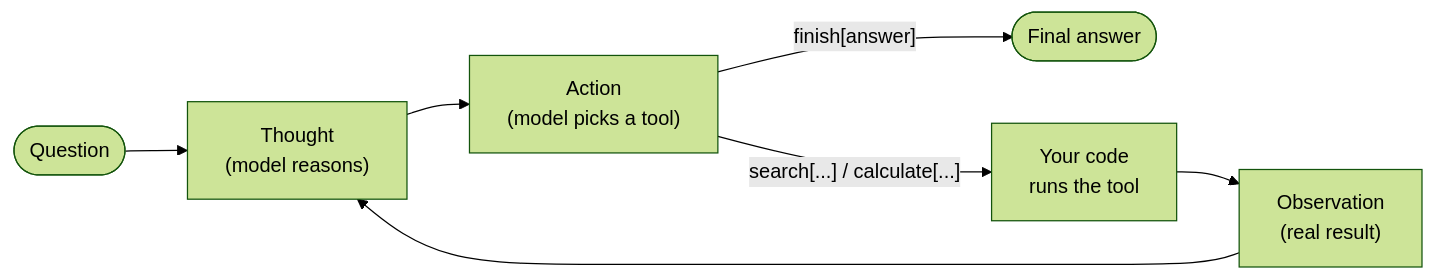
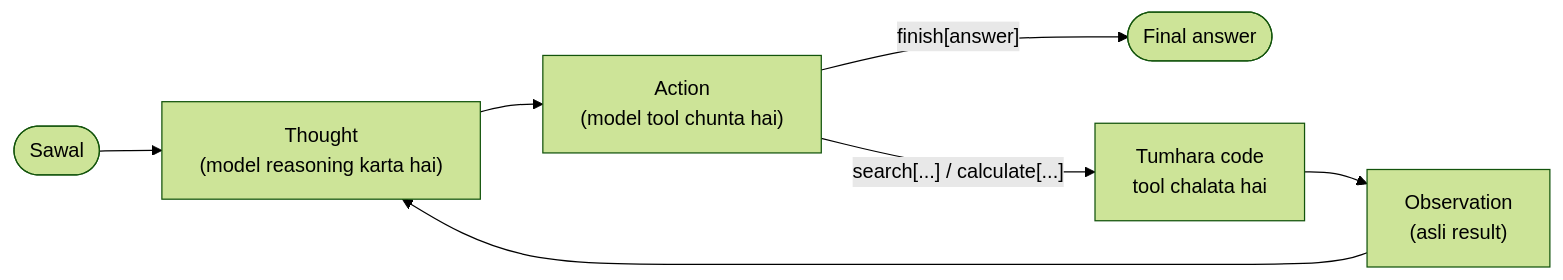
One commit to asmustechno/agentic-ai-notes changed the diagram in docs/02-the-agent-loop/02.2-react-explained.md. Above: the diagram before and after it, drawn with Mermaid (forest theme). The commit also changed other lines of this file and 135 other files, not shown here.

````diff
--- a/docs/02-the-agent-loop/02.2-react-explained.md
+++ b/docs/02-the-agent-loop/02.2-react-explained.md
@@ -47,9 +49,9 @@
 ```mermaid
 flowchart LR
-    Q([Question]) --> T["Thought<br/>(model reasons)"]
-    T --> A["Action<br/>(model picks a tool)"]
+    Q([Sawal]) --> T["Thought<br/>(model reasoning karta hai)"]
+    T --> A["Action<br/>(model tool chunta hai)"]
     A -->|"finish[answer]"| F([Final answer])
-    A -->|"search[...] / calculate[...]"| R["Your code<br/>runs the tool"]
-    R --> O["Observation<br/>(real result)"]
+    A -->|"search[...] / calculate[...]"| R["Tumhara code<br/>tool chalata hai"]
+    R --> O["Observation<br/>(asli result)"]
     O --> T
 ```
````
